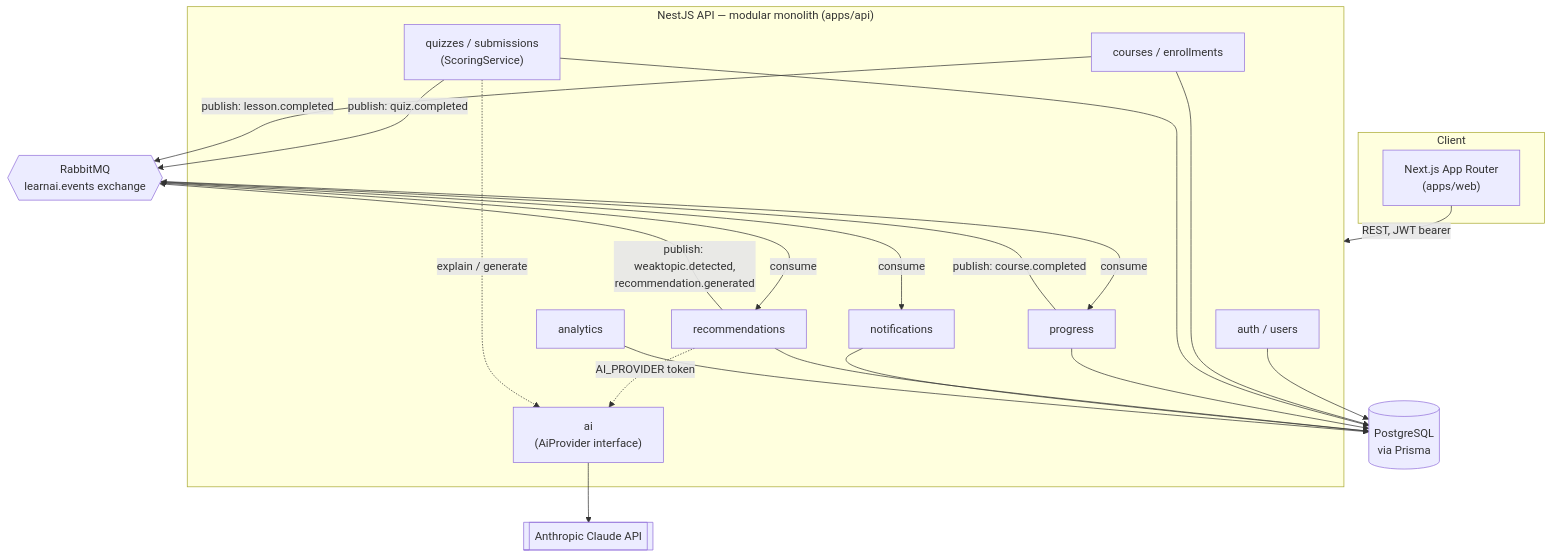
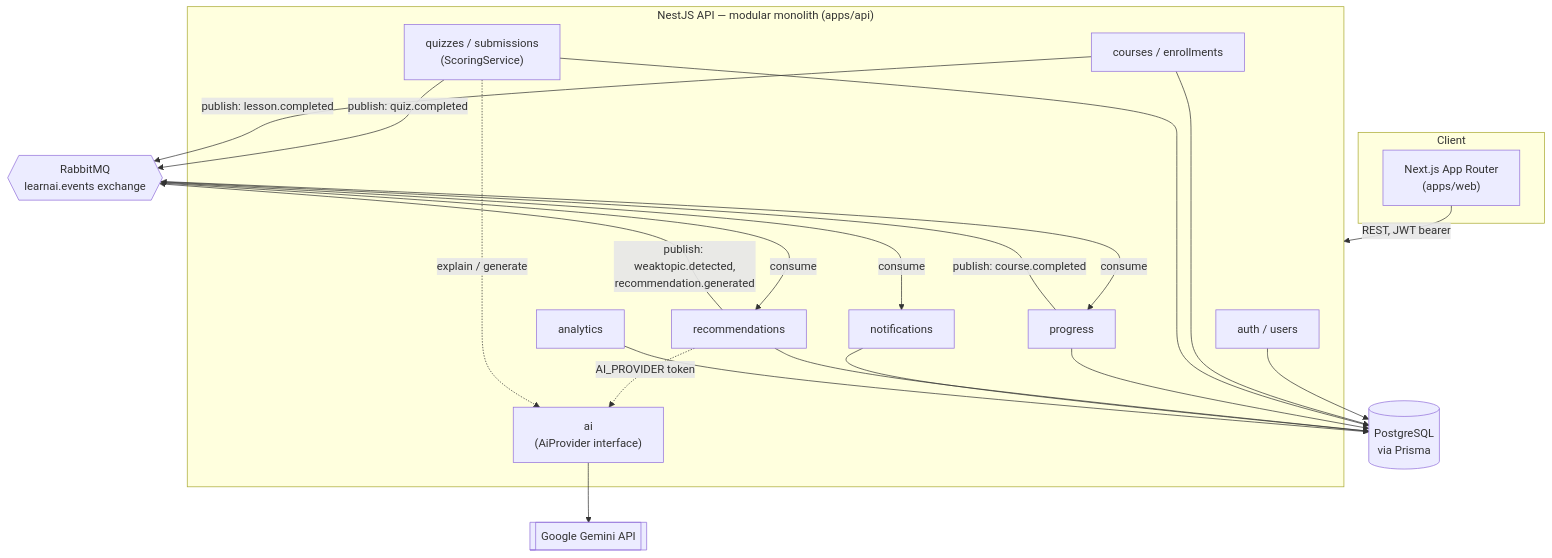
The first of 3 diagrams in README.md (paradie2to4/LearnAi), drawn with Mermaid before and after one commit. The commit also changed other lines of this file and 9 other files, not shown here.

First line of the commit message:
Switch default AI provider to Google Gemini (free tier, no card required)

````diff
--- a/README.md
+++ b/README.md
@@ -45,42 +48,42 @@
 ```mermaid
 flowchart TB
     subgraph Client
         WEB["Next.js App Router\n(apps/web)"]
     end
 
     subgraph API["NestJS API — modular monolith (apps/api)"]
         AUTH["auth / users"]
         COURSES["courses / enrollments"]
         QUIZ["quizzes / submissions\n(ScoringService)"]
         PROGRESS["progress"]
         RECS["recommendations"]
         NOTIFS["notifications"]
         AI["ai\n(AiProvider interface)"]
         ANALYTICS["analytics"]
     end
 
     DB[(PostgreSQL\nvia Prisma)]
     MQ{{RabbitMQ\nlearnai.events exchange}}
-    CLAUDE[["Anthropic Claude API"]]
+    GEMINI[["Google Gemini API"]]
 
     WEB -->|REST, JWT bearer| API
     AUTH --> DB
     COURSES --> DB
     QUIZ --> DB
     PROGRESS --> DB
     RECS --> DB
     NOTIFS --> DB
     ANALYTICS --> DB
 
     QUIZ -- "publish: quiz.completed" --> MQ
     COURSES -- "publish: lesson.completed" --> MQ
     MQ -- "consume" --> PROGRESS
     MQ -- "consume" --> RECS
     MQ -- "consume" --> NOTIFS
     PROGRESS -- "publish: course.completed" --> MQ
     RECS -- "publish: weaktopic.detected,\nrecommendation.generated" --> MQ
 
-    AI --> CLAUDE
+    AI --> GEMINI
     RECS -.->|AI_PROVIDER token| AI
     QUIZ -.->|explain / generate| AI
 ```
````
